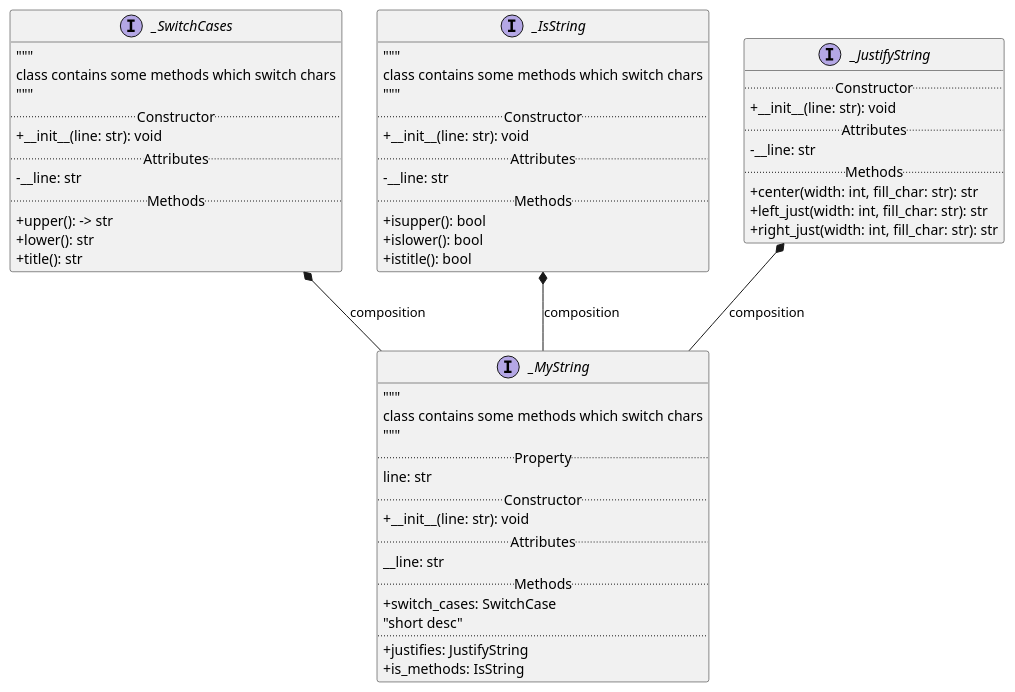
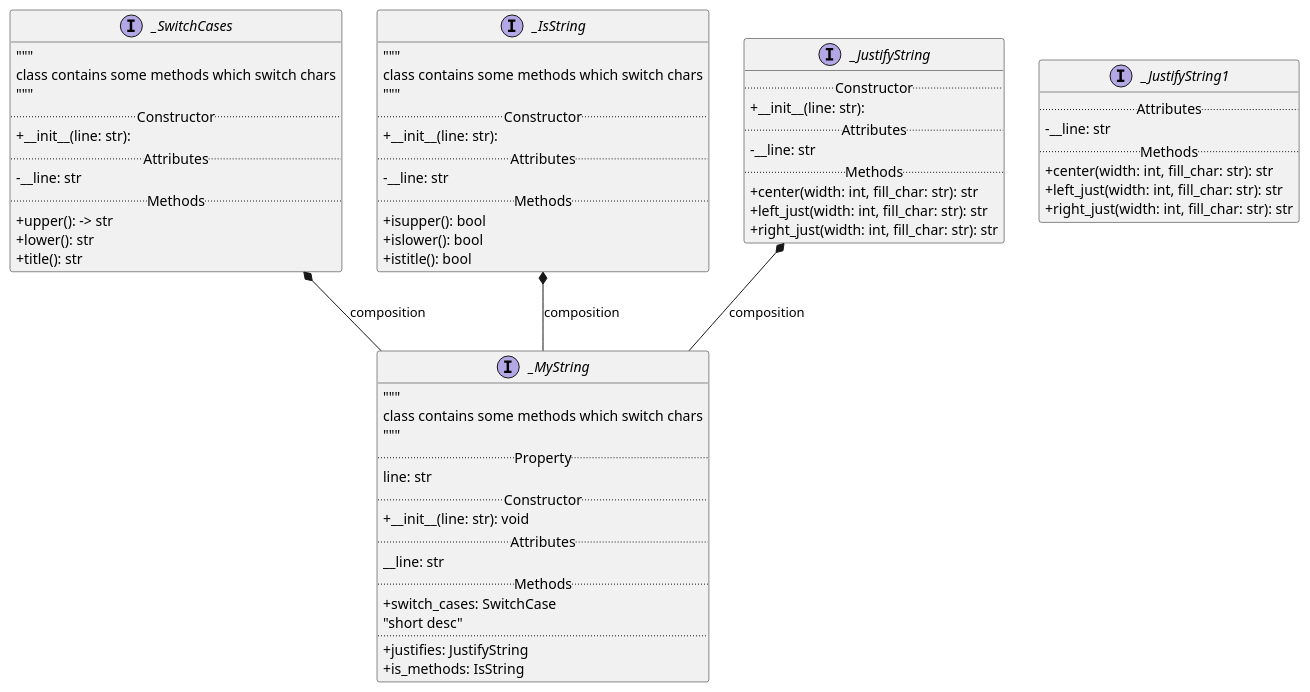
Before and after one commit to future-username/Learn_Python: the diagram in mvp_02_uml_to_py/uml_class_line.puml, drawn with PlantUML. The commit also changed 3 other files, not shown here.

```diff
--- a/mvp_02_uml_to_py/uml_class_line.puml
+++ b/mvp_02_uml_to_py/uml_class_line.puml
@@ -1,65 +1,74 @@
 @startuml
 skinparam classAttributeIconSize 0
 
 InterFace _MyString {
 """
 class contains some methods which switch chars
 """
 .. Property ..
 line: str
 .. Constructor ..
 +__init__(line: str): void
 .. Attributes ..
 __line: str
 .. Methods ..
 +switch_cases: SwitchCase
 "short desc"
 ..
 +justifies: JustifyString
 +is_methods: IsString
 }
 
 interface _SwitchCases {
     """
     class contains some methods which switch chars
     """
     .. Constructor ..
-    +__init__(line: str): void
+    +__init__(line: str):
     .. Attributes ..
     -__line: str
     .. Methods ..
     +upper(): -> str
     +lower(): str
     +title(): str
 }
 
 interface _IsString {
     """
     class contains some methods which switch chars
     """
     .. Constructor ..
-    +__init__(line: str): void
+    +__init__(line: str):
     .. Attributes ..
     -__line: str
     .. Methods ..
     +isupper(): bool
     +islower(): bool
     +istitle(): bool
 }
 
 interface _JustifyString {
     .. Constructor ..
-    +__init__(line: str): void
+    +__init__(line: str):
+    .. Attributes ..
+    -__line: str
+    .. Methods ..
+    +center(width: int, fill_char: str): str
+    +left_just(width: int, fill_char: str): str
+    +right_just(width: int, fill_char: str): str
+}
+
+interface _JustifyString1 {
     .. Attributes ..
     -__line: str
     .. Methods ..
     +center(width: int, fill_char: str): str
     +left_just(width: int, fill_char: str): str
     +right_just(width: int, fill_char: str): str
 }
 
 _SwitchCases *-- _MyString: composition
 _IsString *-- _MyString: composition
 _JustifyString *-- _MyString: composition
 
 @enduml
```
